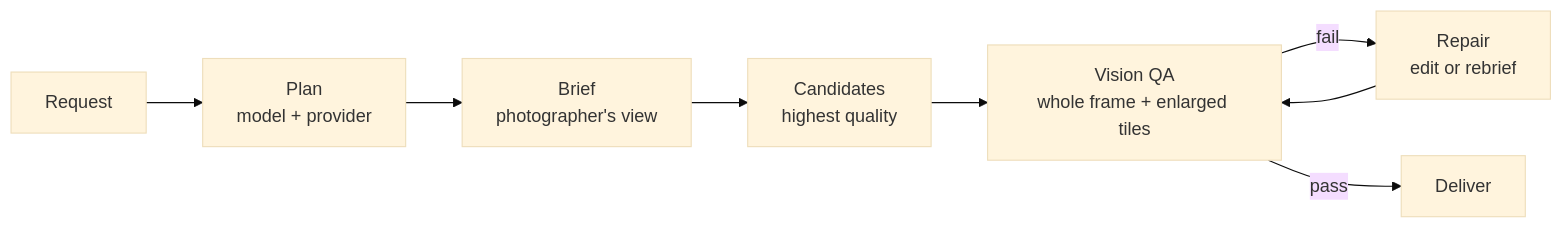
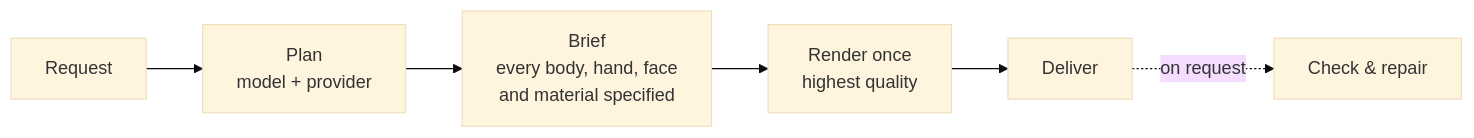
The diagram in README.md (mysterxn-ctrl/unrendered), drawn with Mermaid (base theme) before and after one commit. The commit also changed other lines of this file and 15 other files, not shown here.

First line of the commit message:
Make the skill one-shot: the brief prevents errors, no inspection pass by default

````diff
--- a/README.md
+++ b/README.md
@@ -141,10 +143,8 @@
 ```mermaid
 flowchart LR
     A[Request] --> B[Plan<br/>model + provider]
-    B --> C[Brief<br/>photographer's view]
-    C --> D[Candidates<br/>highest quality]
-    D --> E[Vision QA<br/>whole frame + enlarged tiles]
-    E -- fail --> F[Repair<br/>edit or rebrief]
-    F --> E
-    E -- pass --> H[Deliver]
+    B --> C[Brief<br/>every body, hand, face<br/>and material specified]
+    C --> D[Render once<br/>highest quality]
+    D --> E[Deliver]
+    E -. on request .-> F[Check & repair]
 ```
````
